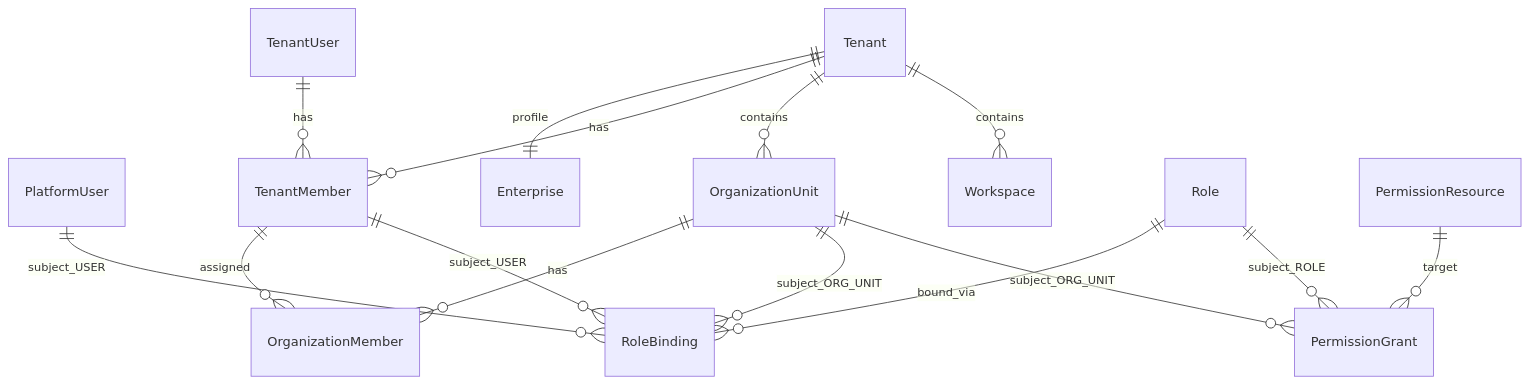
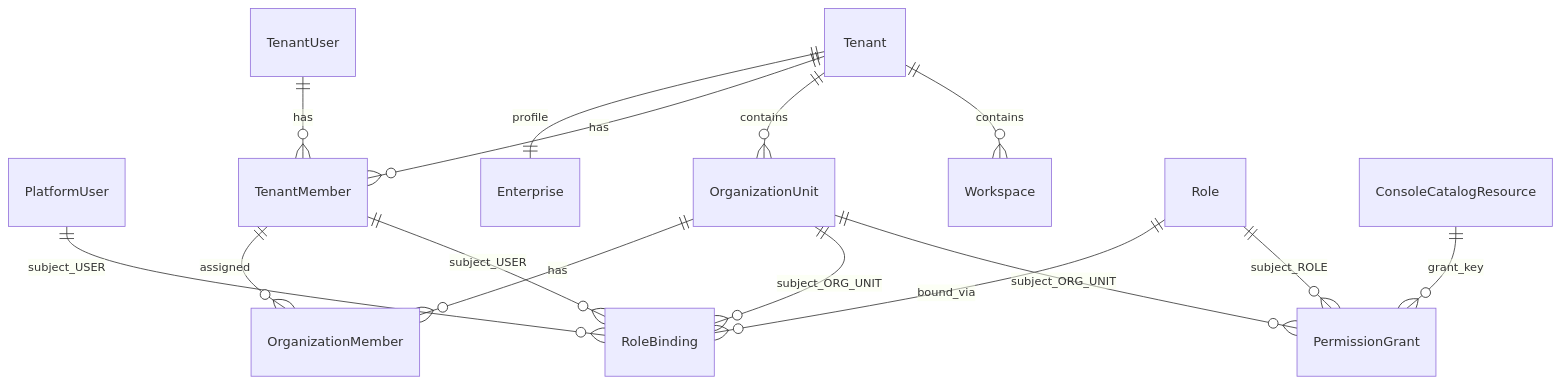
One commit to innospots/innospots-nexus changed the eighth of 9 diagrams in docs/design/multi-tenant-governance-design.md. Above: the diagram before and after it, drawn with Mermaid. The commit also changed other lines of this file and 374 other files, not shown here.

````diff
--- a/docs/design/multi-tenant-governance-design.md
+++ b/docs/design/multi-tenant-governance-design.md
@@ -1486,17 +1504,17 @@
 ```mermaid
 erDiagram
     PlatformUser ||--o{ RoleBinding : subject_USER
     TenantUser ||--o{ TenantMember : has
     Tenant ||--|| Enterprise : profile
     Tenant ||--o{ TenantMember : has
     Tenant ||--o{ OrganizationUnit : contains
     Tenant ||--o{ Workspace : contains
     OrganizationUnit ||--o{ OrganizationMember : has
     TenantMember ||--o{ OrganizationMember : assigned
     Role ||--o{ RoleBinding : bound_via
     TenantMember ||--o{ RoleBinding : subject_USER
     OrganizationUnit ||--o{ RoleBinding : subject_ORG_UNIT
     Role ||--o{ PermissionGrant : subject_ROLE
     OrganizationUnit ||--o{ PermissionGrant : subject_ORG_UNIT
-    PermissionResource ||--o{ PermissionGrant : target
+    ConsoleCatalogResource ||--o{ PermissionGrant : grant_key
 ```
````
